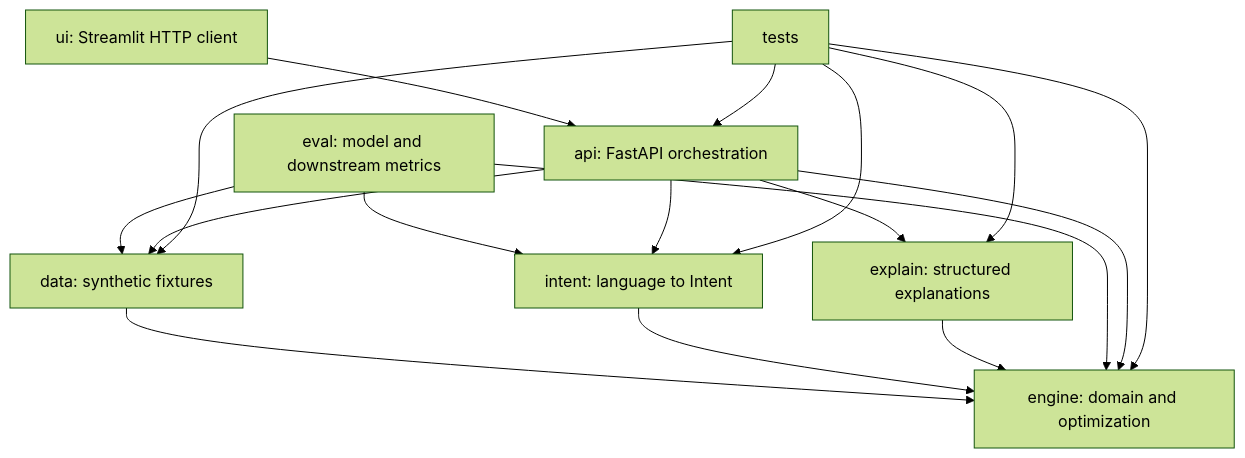
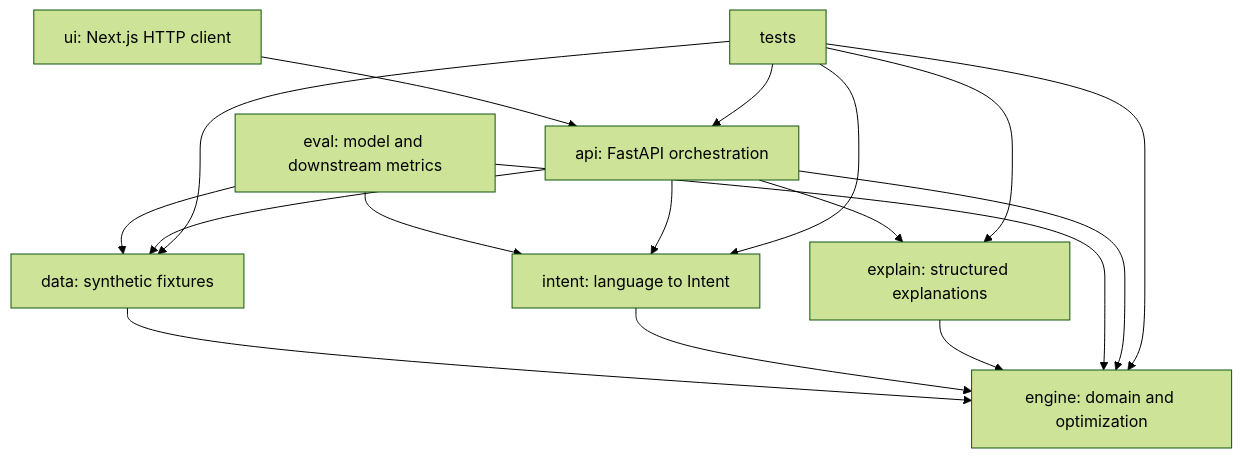
The diagram in PLAN.md (cursingparrot4/HT6-Payment-Optimization), drawn with Mermaid (forest theme) before and after one commit. The commit also changed other lines of this file and 6 other files, not shown here.

````diff
--- a/PLAN.md
+++ b/PLAN.md
@@ -41,20 +56,20 @@
 ```mermaid
 graph TD
   engine[engine: domain and optimization]
   data[data: synthetic fixtures] --> engine
   intent[intent: language to Intent] --> engine
   explain[explain: structured explanations] --> engine
   eval[eval: model and downstream metrics] --> engine
   eval --> intent
   eval --> data
   api[api: FastAPI orchestration] --> engine
   api --> data
   api --> intent
   api --> explain
-  ui[ui: Streamlit HTTP client] --> api
+  ui[ui: Next.js HTTP client] --> api
   tests[tests] --> engine
   tests --> data
   tests --> intent
   tests --> explain
   tests --> api
 ```
````
